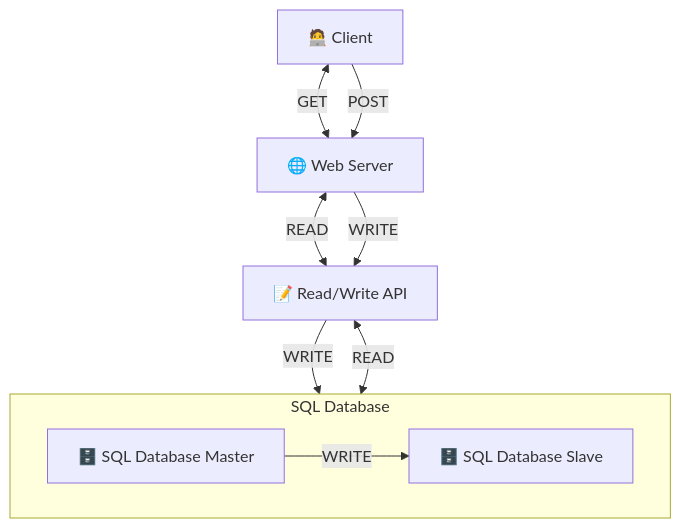
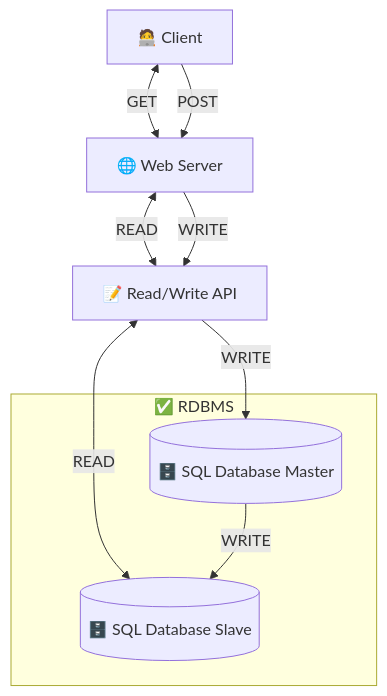
Before and after one commit to clockworkpc/simsite: the sixth of 13 diagrams in mermaid_demo.md, drawn with Mermaid. The commit also changed other lines of this file, not shown here.

````diff
--- a/mermaid_demo.md
+++ b/mermaid_demo.md
@@ -56,18 +115,20 @@
 ```mermaid
 graph TD
     client[🧑‍💻 Client]
     web[🌐 Web Server]
     client <-->|GET| web
     client -->|POST| web
+
     readwriteapi[📝 Read/Write API]
     web <-->|READ| readwriteapi
     web -->|WRITE| readwriteapi
-    subgraph sqldb[SQL Database]
-        sqlmaster[🗄️ SQL Database Master]
-        sqlslave[🗄️ SQL Database Slave]
+
+    subgraph sqldb[ ✅ RDBMS]
+        sqlmaster[(🗄️ SQL Database Master)]
+        sqlslave[(🗄️ SQL Database Slave)]
     end
+
+    readwriteapi -->|WRITE| sqlmaster
+    readwriteapi <-->|READ| sqlslave
     sqlmaster -->|WRITE| sqlslave
-    readwriteapi -->|WRITE| sqldb
-    readwriteapi <-->|READ| sqldb
-    sqlmaster
 ```
````
